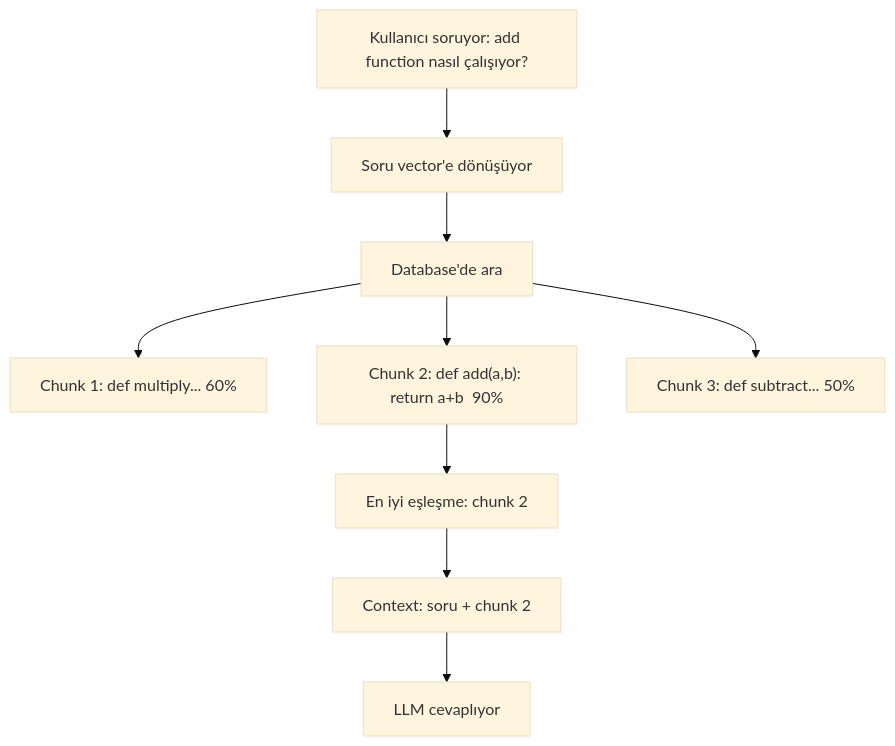
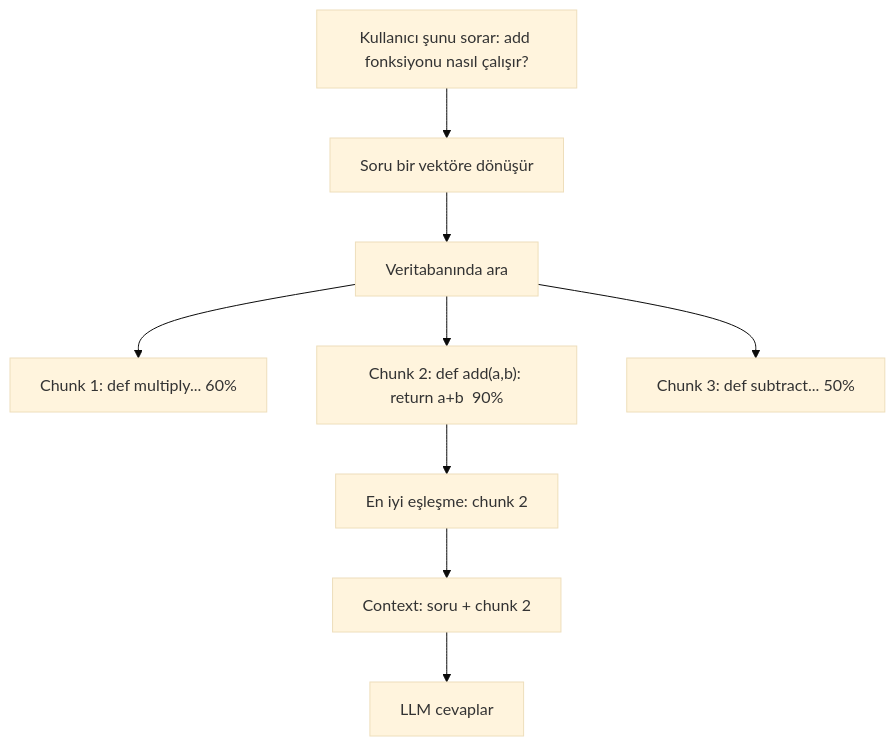
The fourth of 5 diagrams in mini-courses/1_fundamentals/rag_tr.md (lokumai/ai-engineering-bazaar), drawn with Mermaid (base theme) before and after one commit. The commit also changed other lines of this file and 63 other files, not shown here.

````diff
--- a/mini-courses/1_fundamentals/rag_tr.md
+++ b/mini-courses/1_fundamentals/rag_tr.md
@@ -152,11 +121,11 @@
 ```mermaid
 graph TD
-    A["Kullanıcı soruyor: add function nasıl çalışıyor?"] --> B["Soru vector'e dönüşüyor"]
-    B --> C["Database'de ara"]
+    A["Kullanıcı şunu sorar: add fonksiyonu nasıl çalışır?"] --> B["Soru bir vektöre dönüşür"]
+    B --> C["Veritabanında ara"]
     C --> D["Chunk 1: def multiply... 60%"]
     C --> E["Chunk 2: def add(a,b): return a+b  90%"]
     C --> F["Chunk 3: def subtract... 50%"]
     E --> G["En iyi eşleşme: chunk 2"]
     G --> H["Context: soru + chunk 2"]
-    H --> I["LLM cevaplıyor"]
+    H --> I["LLM cevaplar"]
 ```
````
